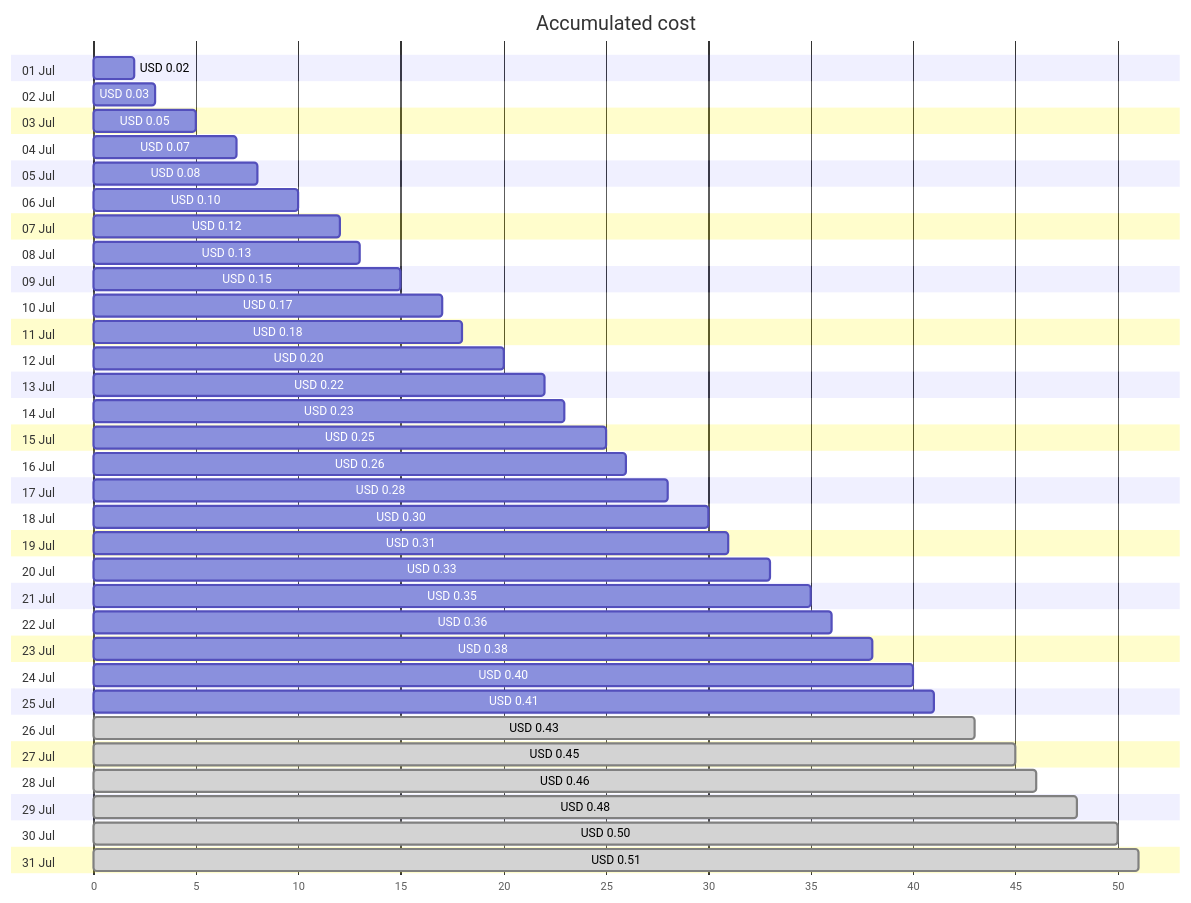
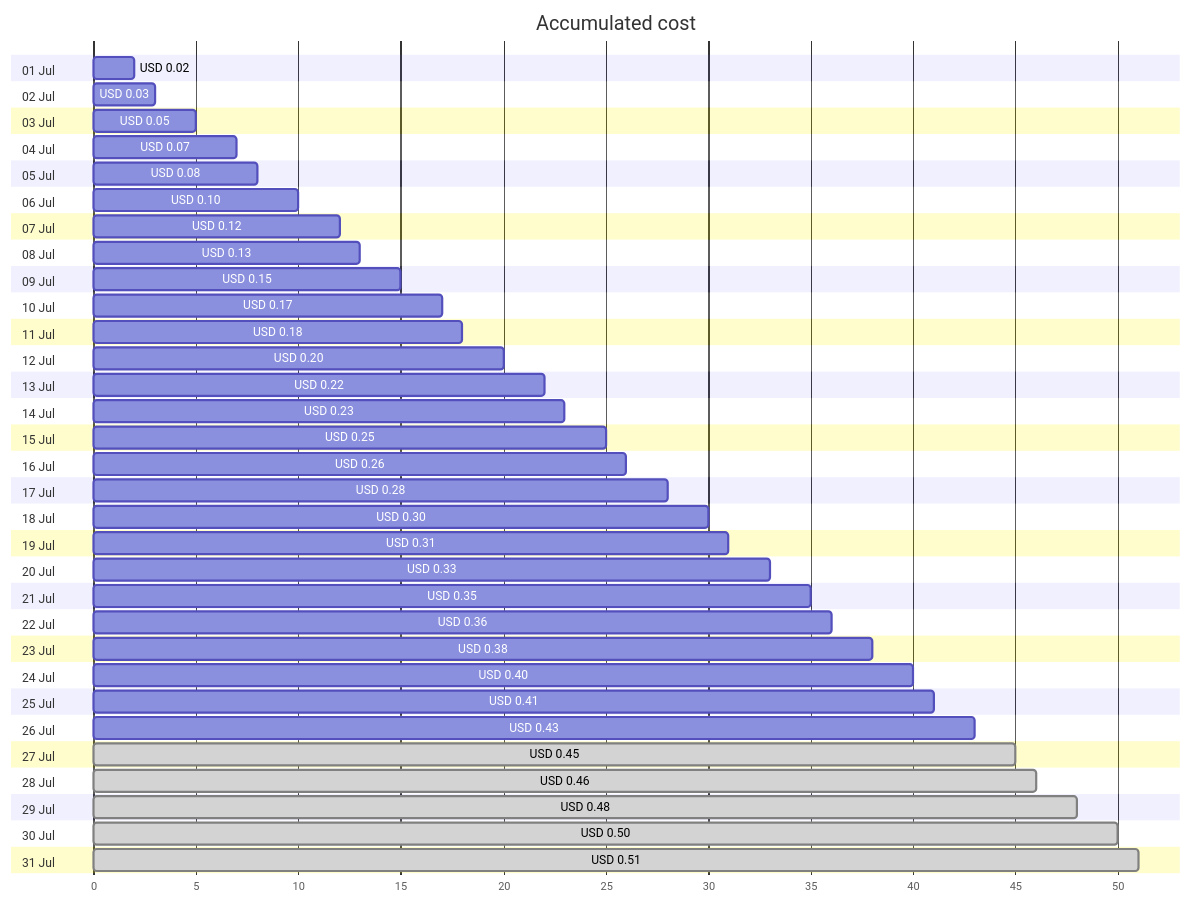
Before and after one commit to jpfulton/azure-personal-reports: the first of 4 diagrams in cost-reports/personal-dns/jpatrickfulton.dev.md, drawn with Mermaid. The commit also changed other lines of this file and 2 other files, not shown here.

````diff
--- a/cost-reports/personal-dns/jpatrickfulton.dev.md
+++ b/cost-reports/personal-dns/jpatrickfulton.dev.md
@@ -20,68 +20,68 @@
 ```mermaid
 gantt
    title Accumulated cost
    dateFormat  X
    axisFormat %s
    section 01 Jul
    USD 0.02 :0, 2
    section 02 Jul
    USD 0.03 :0, 3
    section 03 Jul
    USD 0.05 :0, 5
    section 04 Jul
    USD 0.07 :0, 7
    section 05 Jul
    USD 0.08 :0, 8
    section 06 Jul
    USD 0.10 :0, 10
    section 07 Jul
    USD 0.12 :0, 12
    section 08 Jul
    USD 0.13 :0, 13
    section 09 Jul
    USD 0.15 :0, 15
    section 10 Jul
    USD 0.17 :0, 17
    section 11 Jul
    USD 0.18 :0, 18
    section 12 Jul
    USD 0.20 :0, 20
    section 13 Jul
    USD 0.22 :0, 22
    section 14 Jul
    USD 0.23 :0, 23
    section 15 Jul
    USD 0.25 :0, 25
    section 16 Jul
    USD 0.26 :0, 26
    section 17 Jul
    USD 0.28 :0, 28
    section 18 Jul
    USD 0.30 :0, 30
    section 19 Jul
    USD 0.31 :0, 31
    section 20 Jul
    USD 0.33 :0, 33
    section 21 Jul
    USD 0.35 :0, 35
    section 22 Jul
    USD 0.36 :0, 36
    section 23 Jul
    USD 0.38 :0, 38
    section 24 Jul
    USD 0.40 :0, 40
    section 25 Jul
    USD 0.41 :0, 41
    section 26 Jul
-   USD 0.43 : done, 0, 43
+   USD 0.43 :0, 43
    section 27 Jul
    USD 0.45 : done, 0, 45
    section 28 Jul
    USD 0.46 : done, 0, 46
    section 29 Jul
    USD 0.48 : done, 0, 48
    section 30 Jul
    USD 0.50 : done, 0, 50
    section 31 Jul
    USD 0.51 : done, 0, 51
 ```
````
